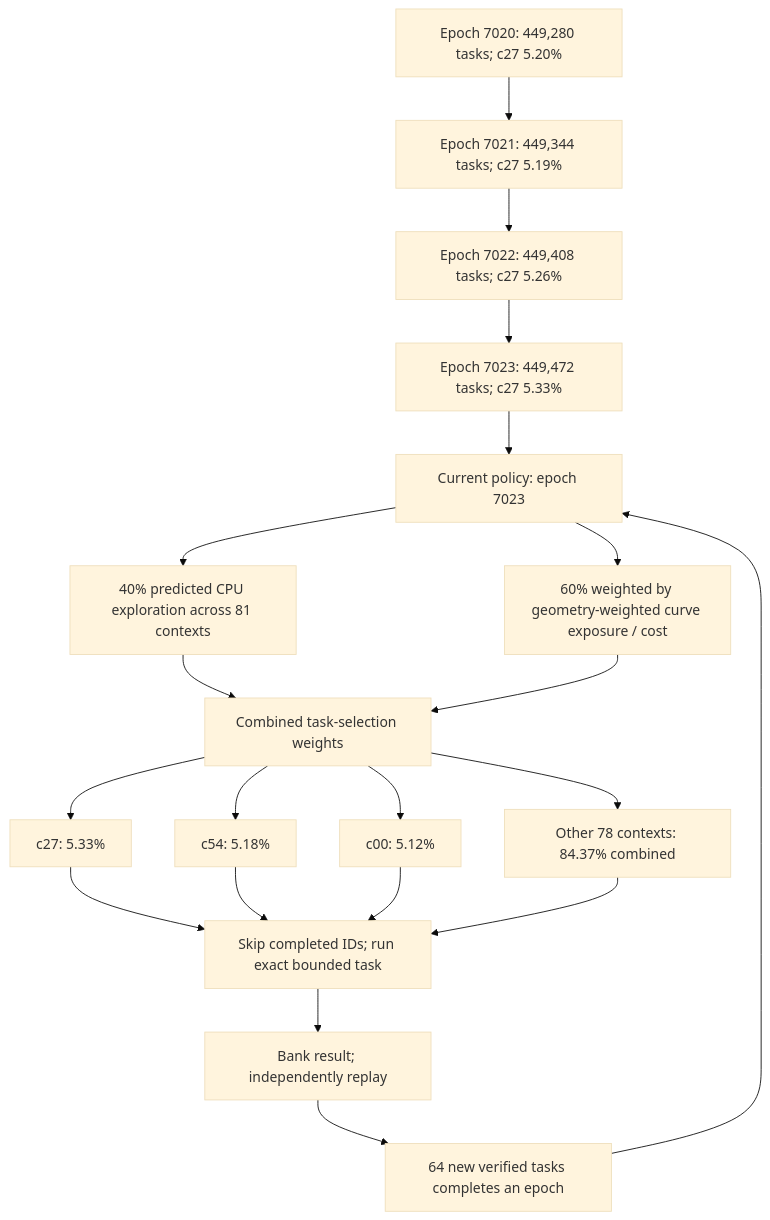
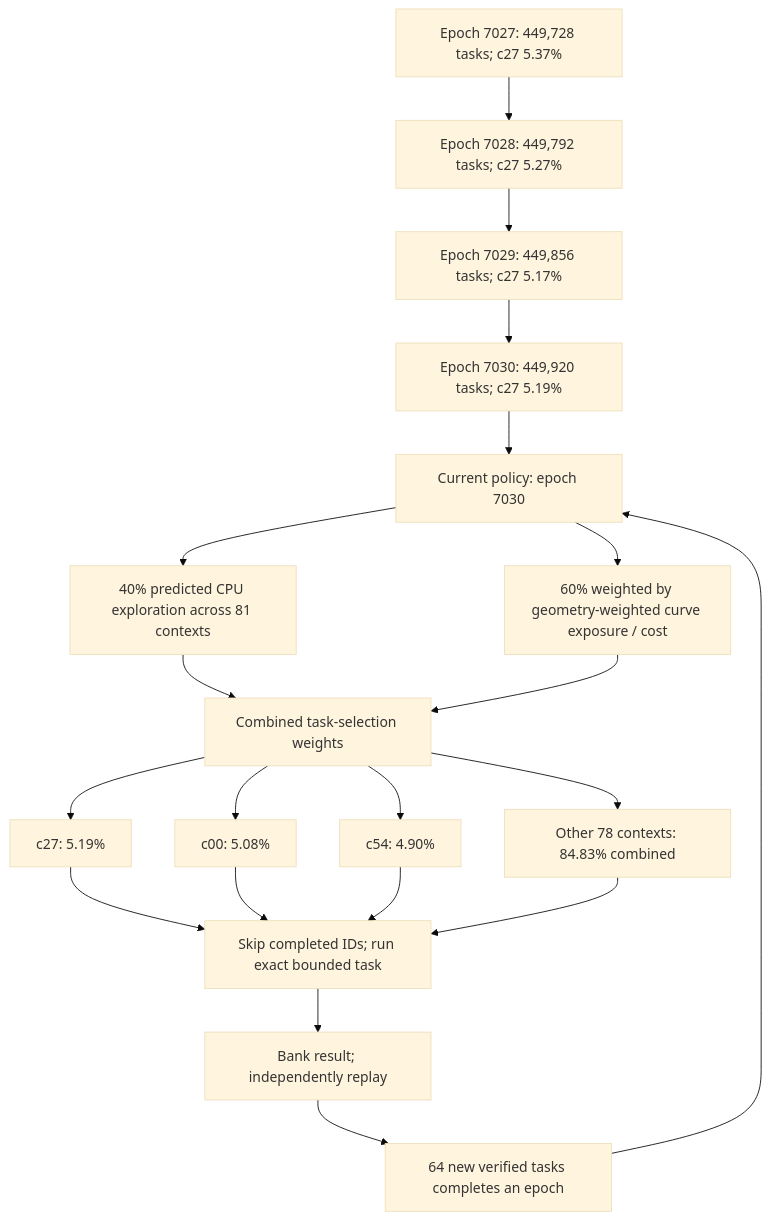
Before and after one commit to Kuberwastaken/math-gambling: the first of 4 diagrams in README.md, drawn with Mermaid (base theme). The commit also changed other lines of this file and 1935 other files, not shown here.

````diff
--- a/README.md
+++ b/README.md
@@ -60,27 +60,27 @@
 ```mermaid
 flowchart TD
-    H0["Epoch 7020: 449,280 tasks; c27 5.20%"]
-    H1["Epoch 7021: 449,344 tasks; c27 5.19%"]
+    H0["Epoch 7027: 449,728 tasks; c27 5.37%"]
+    H1["Epoch 7028: 449,792 tasks; c27 5.27%"]
     H0 --> H1
-    H2["Epoch 7022: 449,408 tasks; c27 5.26%"]
+    H2["Epoch 7029: 449,856 tasks; c27 5.17%"]
     H1 --> H2
-    H3["Epoch 7023: 449,472 tasks; c27 5.33%"]
+    H3["Epoch 7030: 449,920 tasks; c27 5.19%"]
     H2 --> H3
-    Policy["Current policy: epoch 7023"]
+    Policy["Current policy: epoch 7030"]
     H3 --> Policy
     Policy --> Explore["40% predicted CPU exploration across 81 contexts"]
     Policy --> Cost["60% weighted by geometry-weighted curve exposure / cost"]
     Explore --> Mix["Combined task-selection weights"]
     Cost --> Mix
-    Mix --> C0["c27: 5.33%"]
-    Mix --> C1["c54: 5.18%"]
-    Mix --> C2["c00: 5.12%"]
-    Mix --> Rest["Other 78 contexts: 84.37% combined"]
+    Mix --> C0["c27: 5.19%"]
+    Mix --> C1["c00: 5.08%"]
+    Mix --> C2["c54: 4.90%"]
+    Mix --> Rest["Other 78 contexts: 84.83% combined"]
     C0 --> Check["Skip completed IDs; run exact bounded task"]
     C1 --> Check
     C2 --> Check
     Rest --> Check
     Check --> Replay["Bank result; independently replay"]
     Replay --> Gate["64 new verified tasks completes an epoch"]
     Gate --> Policy
 ```
````
